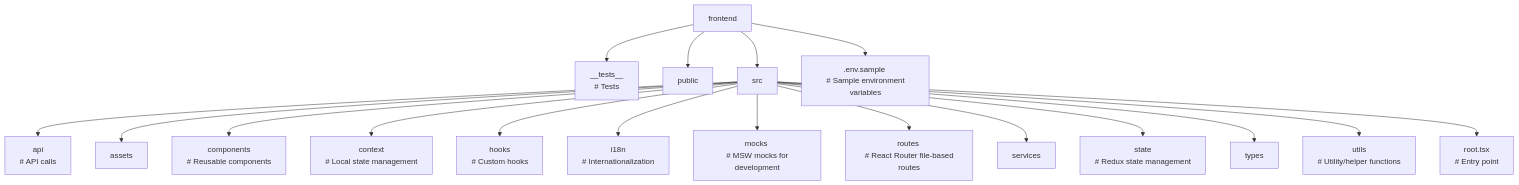
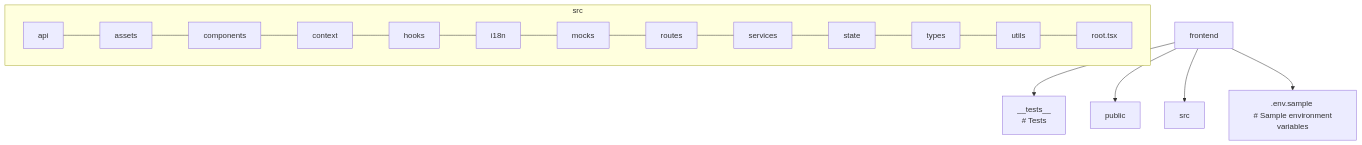
Before and after one commit to All-Hands-AI/OpenHands: the diagram in frontend/README.md, drawn with Mermaid.

````diff
--- a/frontend/README.md
+++ b/frontend/README.md
@@ -102,22 +102,13 @@
 ```mermaid
 graph TD
   A[frontend] --> B[__tests__ <br> # Tests]
   A --> C[public]
   A --> D[src]
-  
-  D --> E[api <br> # API calls]
-  D --> F[assets]
-  D --> G[components <br> # Reusable components]
-  D --> H[context <br> # Local state management]
-  D --> I[hooks <br> # Custom hooks]
-  D --> J[i18n <br> # Internationalization]
-  D --> K[mocks <br> # MSW mocks for development]
-  D --> L[routes <br> # React Router file-based routes]
-  D --> M[services]
-  D --> N[state <br> # Redux state management]
-  D --> O[types]
-  D --> P[utils <br> # Utility/helper functions]
-  D --> Q[root.tsx <br> # Entry point]
+
+  subgraph src
+    E[api] --- F[assets] --- G[components] --- H[context] --- I[hooks] --- J[i18n] --- K[mocks] --- L[routes] --- M[services] --- N[state] --- O[types] --- P[utils] --- Q[root.tsx]
+  end
   
   A --> R[.env.sample <br> # Sample environment variables]
+
 ```
````
